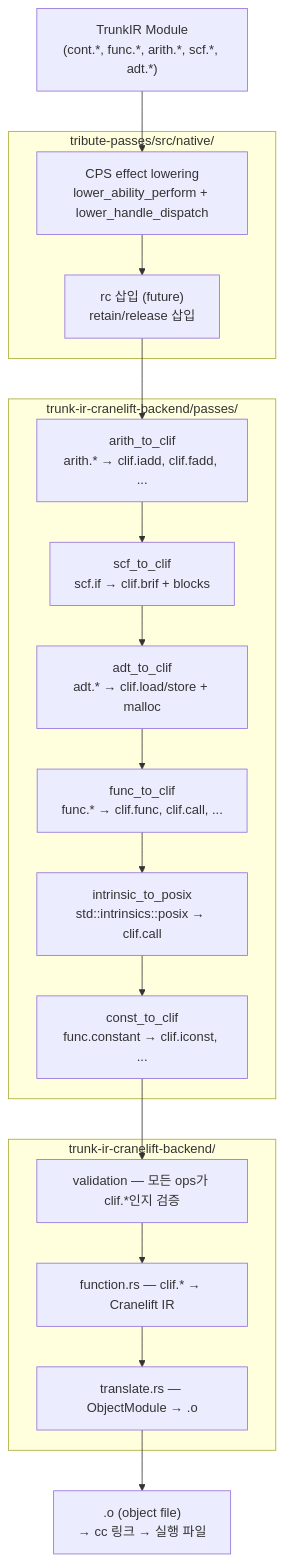
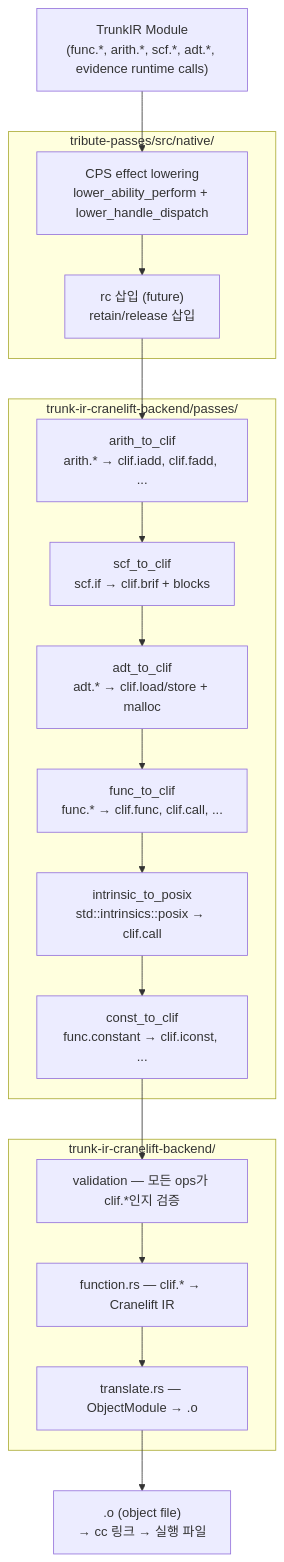
The second of 2 diagrams in new-plans/cranelift-backend.md (Kroisse/tribute), drawn with Mermaid before and after one commit. The commit also changed 7 other files, not shown here.

````diff
--- a/new-plans/cranelift-backend.md
+++ b/new-plans/cranelift-backend.md
@@ -60,30 +60,30 @@
 ```mermaid
 flowchart TB
-    input["TrunkIR Module\n(cont.*, func.*, arith.*, scf.*, adt.*)"]
+    input["TrunkIR Module\n(func.*, arith.*, scf.*, adt.*, evidence runtime calls)"]
 
     subgraph native_passes["tribute-passes/src/native/"]
         cont["CPS effect lowering\nlower_ability_perform + lower_handle_dispatch"]
         rc_pass["rc 삽입 (future)\nretain/release 삽입"]
     end
 
     subgraph clif_passes["trunk-ir-cranelift-backend/passes/"]
         arith["arith_to_clif\narith.* → clif.iadd, clif.fadd, ..."]
         scf["scf_to_clif\nscf.if → clif.brif + blocks"]
         adt["adt_to_clif\nadt.* → clif.load/store + malloc"]
         func["func_to_clif\nfunc.* → clif.func, clif.call, ..."]
         intrinsic["intrinsic_to_posix\nstd::intrinsics::posix → clif.call"]
         const_pass["const_to_clif\nfunc.constant → clif.iconst, ..."]
     end
 
     subgraph emit["trunk-ir-cranelift-backend/"]
         validate["validation — 모든 ops가 clif.*인지 검증"]
         codegen["function.rs — clif.* → Cranelift IR"]
         obj["translate.rs — ObjectModule → .o"]
     end
 
     output[".o (object file)\n→ cc 링크 → 실행 파일"]
 
     input --> cont --> rc_pass
     rc_pass --> arith --> scf --> adt --> func --> intrinsic --> const_pass
     const_pass --> validate --> codegen --> obj --> output
 ```
````
